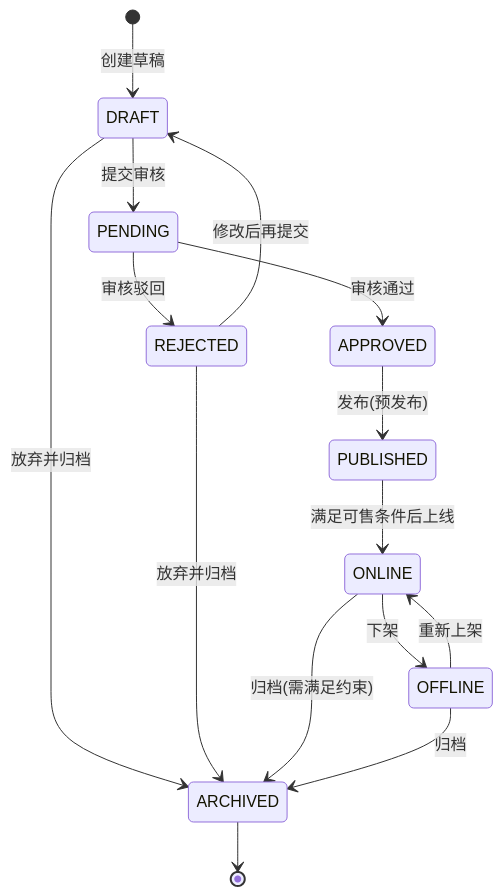
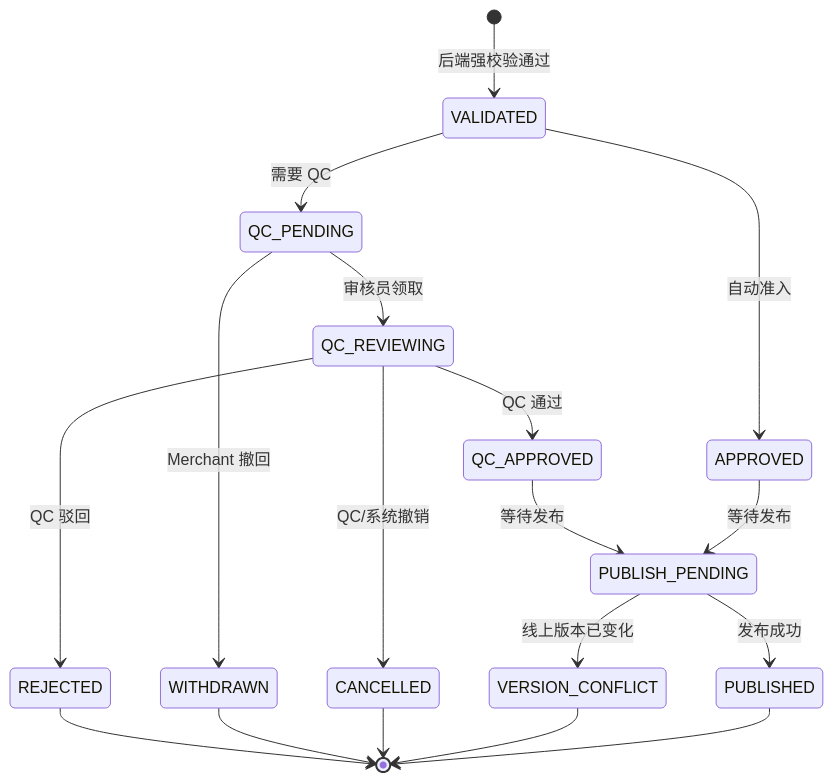
Before and after one commit to wxquare/wxquare.github.io: the second of 4 diagrams in ecommerce-book/src/part2/supply/chapter10.md, drawn with Mermaid. The commit also changed other lines of this file and 20 other files, not shown here.

````diff
--- a/ecommerce-book/src/part2/supply/chapter10.md
+++ b/ecommerce-book/src/part2/supply/chapter10.md
@@ -133,24 +237,20 @@
 ```mermaid
 stateDiagram-v2
-  [*] --> DRAFT: 创建草稿
-
-  DRAFT --> PENDING: 提交审核
-  DRAFT --> ARCHIVED: 放弃并归档
-
-  PENDING --> APPROVED: 审核通过
-  PENDING --> REJECTED: 审核驳回
-
-  REJECTED --> DRAFT: 修改后再提交
-  REJECTED --> ARCHIVED: 放弃并归档
-
-  APPROVED --> PUBLISHED: 发布(预发布)
-  PUBLISHED --> ONLINE: 满足可售条件后上线
-
-  ONLINE --> OFFLINE: 下架
-  ONLINE --> ARCHIVED: 归档(需满足约束)
-
-  OFFLINE --> ONLINE: 重新上架
-  OFFLINE --> ARCHIVED: 归档
-
-  ARCHIVED --> [*]
+  [*] --> VALIDATED: 后端强校验通过
+  VALIDATED --> QC_PENDING: 需要 QC
+  VALIDATED --> APPROVED: 自动准入
+  QC_PENDING --> QC_REVIEWING: 审核员领取
+  QC_REVIEWING --> QC_APPROVED: QC 通过
+  QC_REVIEWING --> REJECTED: QC 驳回
+  QC_PENDING --> WITHDRAWN: Merchant 撤回
+  QC_REVIEWING --> CANCELLED: QC/系统撤销
+  QC_APPROVED --> PUBLISH_PENDING: 等待发布
+  APPROVED --> PUBLISH_PENDING: 等待发布
+  PUBLISH_PENDING --> PUBLISHED: 发布成功
+  PUBLISH_PENDING --> VERSION_CONFLICT: 线上版本已变化
+  REJECTED --> [*]
+  WITHDRAWN --> [*]
+  CANCELLED --> [*]
+  VERSION_CONFLICT --> [*]
+  PUBLISHED --> [*]
 ```
````
